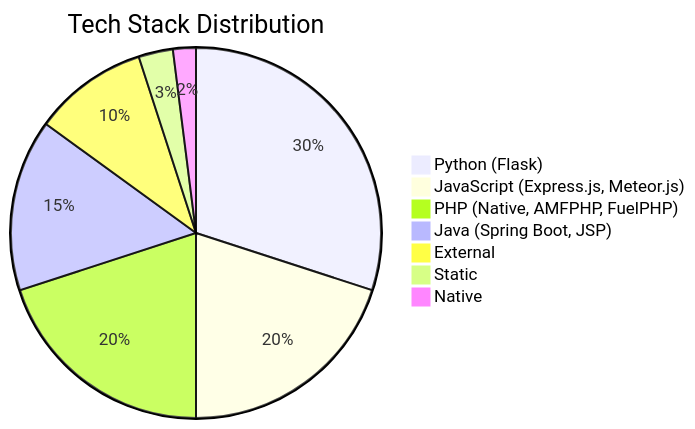
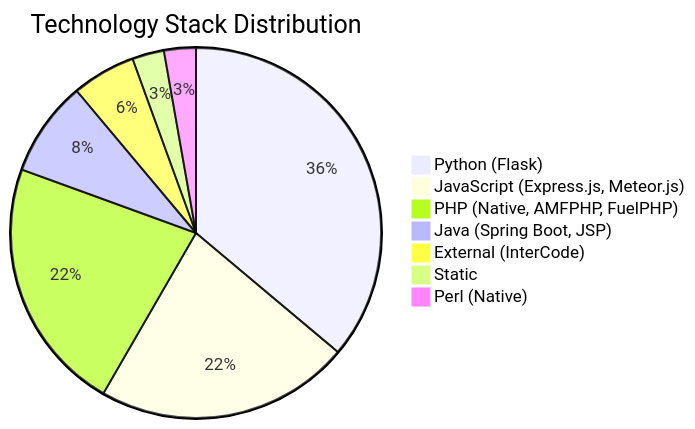
Before and after one commit to nishan-paul-2022/cmatrix-agentic-red-team: the third of 6 diagrams in docs/paper-research/md-downloaded-paper-curated/01-hackworld-evaluating-computer-use-agents-on-exploiting-web.md, drawn with Mermaid. The commit also changed other lines of this file, not shown here.

Commit message:
docs: fix formatting, correct typos, and update technical stack data in HackWorld research paper

````diff
--- a/docs/paper-research/md-downloaded-paper-curated/01-hackworld-evaluating-computer-use-agents-on-exploiting-web.md
+++ b/docs/paper-research/md-downloaded-paper-curated/01-hackworld-evaluating-computer-use-agents-on-exploiting-web.md
@@ -214,10 +212,10 @@
 ```mermaid
-pie title Tech Stack Distribution
-    "Python (Flask)" : 30
-    "JavaScript (Express.js, Meteor.js)" : 20
-    "PHP (Native, AMFPHP, FuelPHP)" : 20
-    "Java (Spring Boot, JSP)" : 15
-    "External" : 10
-    "Static" : 3
-    "Native" : 2
+pie title Technology Stack Distribution
+    "Python (Flask)" : 13
+    "JavaScript (Express.js, Meteor.js)" : 8
+    "PHP (Native, AMFPHP, FuelPHP)" : 8
+    "Java (Spring Boot, JSP)" : 3
+    "External (InterCode)" : 2
+    "Static" : 1
+    "Perl (Native)" : 1
 ```
````
